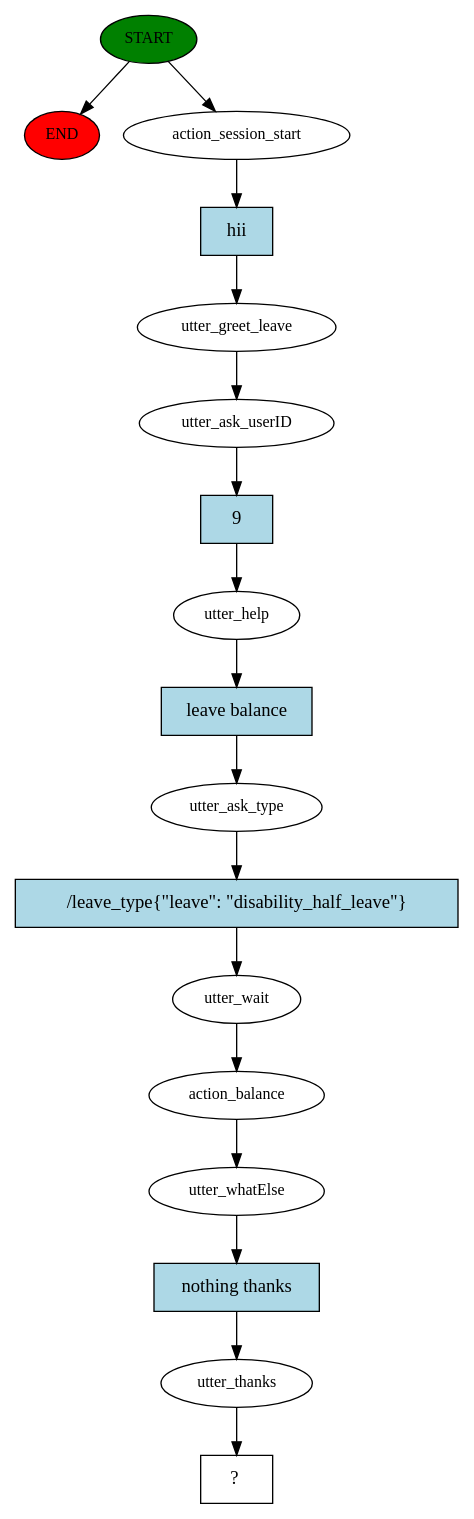
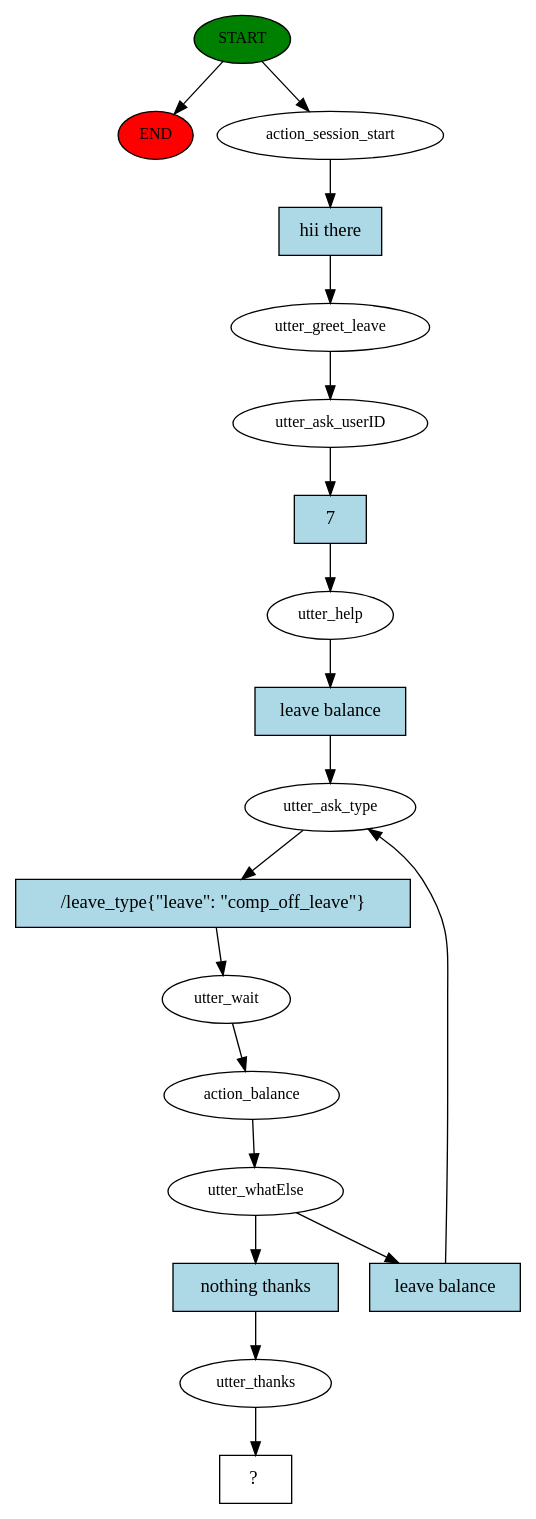
One commit to Rakeshchary2511/project_leave changed the diagram in story_graph.dot. Above: the diagram before and after it, drawn with Graphviz. The commit also changed 9 other files, not shown here.

Commit message:
Leave Application with normal slots as input was added and also stories of combination of Leave Application and Balance Written

```diff
--- a/story_graph.dot
+++ b/story_graph.dot
@@ -1,35 +1,38 @@
 digraph  {
 0 [class="start active", fillcolor=green, fontsize=12, label=START, style=filled];
 "-1" [class=end, fillcolor=red, fontsize=12, label=END, style=filled];
 1 [class=active, fontsize=12, label=action_session_start];
 2 [class=active, fontsize=12, label=utter_greet_leave];
 3 [class=active, fontsize=12, label=utter_ask_userID];
 4 [class=active, fontsize=12, label=utter_help];
 5 [class=active, fontsize=12, label=utter_ask_type];
 6 [class=active, fontsize=12, label=utter_wait];
 7 [class=active, fontsize=12, label=action_balance];
 8 [class=active, fontsize=12, label=utter_whatElse];
-9 [class=active, fontsize=12, label=utter_thanks];
-10 [class="intent dashed active", label="  ?  ", shape=rect];
-11 [class="intent active", fillcolor=lightblue, label=hii, shape=rect, style=filled];
-12 [class="intent active", fillcolor=lightblue, label=9, shape=rect, style=filled];
-13 [class="intent active", fillcolor=lightblue, label="leave balance", shape=rect, style=filled];
-14 [class="intent active", fillcolor=lightblue, label="/leave_type{\"leave\": \"disability_half_leave\"}", shape=rect, style=filled];
-15 [class="intent active", fillcolor=lightblue, label="nothing thanks", shape=rect, style=filled];
+13 [class=active, fontsize=12, label=utter_thanks];
+14 [class="intent dashed active", label="  ?  ", shape=rect];
+15 [class="intent active", fillcolor=lightblue, label="hii there", shape=rect, style=filled];
+16 [class="intent active", fillcolor=lightblue, label=7, shape=rect, style=filled];
+17 [class="intent active", fillcolor=lightblue, label="leave balance", shape=rect, style=filled];
+18 [class="intent active", fillcolor=lightblue, label="/leave_type{\"leave\": \"comp_off_leave\"}", shape=rect, style=filled];
+19 [class="intent active", fillcolor=lightblue, label="leave balance", shape=rect, style=filled];
+20 [class="intent active", fillcolor=lightblue, label="nothing thanks", shape=rect, style=filled];
 0 -> "-1"  [class="", key=NONE, label=""];
 0 -> 1  [class=active, key=NONE, label=""];
-1 -> 11  [class=active, key=0];
+1 -> 15  [class=active, key=0];
 2 -> 3  [class=active, key=NONE, label=""];
-3 -> 12  [class=active, key=0];
-4 -> 13  [class=active, key=0];
-5 -> 14  [class=active, key=0];
+3 -> 16  [class=active, key=0];
+4 -> 17  [class=active, key=0];
+5 -> 18  [class=active, key=0];
 6 -> 7  [class=active, key=NONE, label=""];
 7 -> 8  [class=active, key=NONE, label=""];
-8 -> 15  [class=active, key=0];
-9 -> 10  [class=active, key=NONE, label=""];
-11 -> 2  [class=active, key=0];
-12 -> 4  [class=active, key=0];
-13 -> 5  [class=active, key=0];
-14 -> 6  [class=active, key=0];
-15 -> 9  [class=active, key=0];
+8 -> 19  [class=active, key=0];
+8 -> 20  [class=active, key=0];
+13 -> 14  [class=active, key=NONE, label=""];
+15 -> 2  [class=active, key=0];
+16 -> 4  [class=active, key=0];
+17 -> 5  [class=active, key=0];
+18 -> 6  [class=active, key=0];
+19 -> 5  [class=active, key=0];
+20 -> 13  [class=active, key=0];
 }
```
